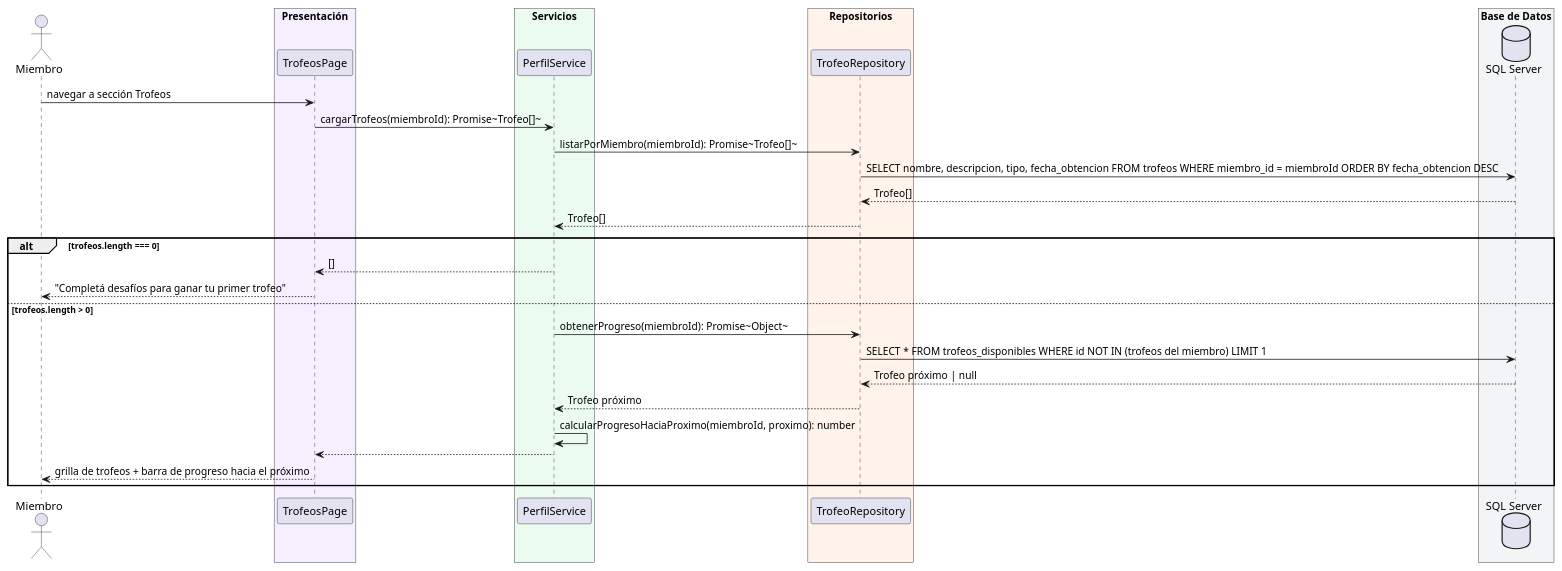
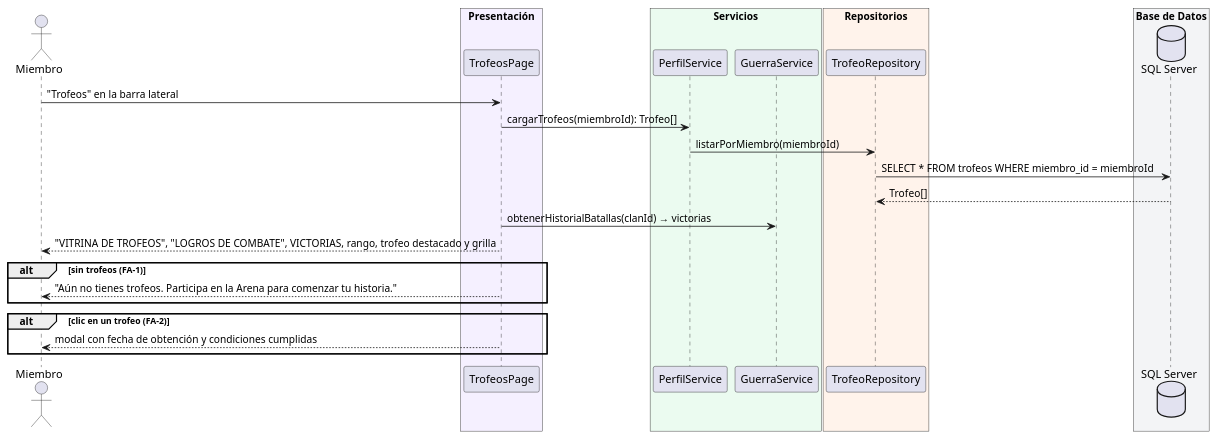
Before and after one commit to nicolassepulveda13/SAP: the fifth of 7 diagrams in silverback/docs/secuencias-cu005.md, drawn with PlantUML. The commit also changed other lines of this file and 82 other files, not shown here.

````diff
--- a/silverback/docs/secuencias-cu005.md
+++ b/silverback/docs/secuencias-cu005.md
@@ -238,44 +219,38 @@
 ```plantuml
 @startuml CU-005-005
 
 actor Miembro
 
 box "Presentación" #F5F0FF
   participant "TrofeosPage" as Page
 end box
 
 box "Servicios" #EBFBF0
   participant "PerfilService" as Svc
+  participant "GuerraService" as Guerra
 end box
 
 box "Repositorios" #FFF3EB
-  participant "TrofeoRepository" as Repo
+  participant "TrofeoRepository" as TrofeoRepo
 end box
 
 box "Base de Datos" #F3F4F6
   database "SQL Server" as DB
 end box
 
-Miembro -> Page: navegar a sección Trofeos
-Page -> Svc: cargarTrofeos(miembroId): Promise~Trofeo[]~
-Svc -> Repo: listarPorMiembro(miembroId): Promise~Trofeo[]~
-Repo -> DB: SELECT nombre, descripcion, tipo, fecha_obtencion FROM trofeos WHERE miembro_id = miembroId ORDER BY fecha_obtencion DESC
-DB --> Repo: Trofeo[]
-Repo --> Svc: Trofeo[]
-
-alt trofeos.length === 0
-    Svc --> Page: []
-    Page --> Miembro: "Completá desafíos para ganar tu primer trofeo"
-else trofeos.length > 0
-    Svc -> Repo: obtenerProgreso(miembroId): Promise~Object~
-    Repo -> DB: SELECT * FROM trofeos_disponibles WHERE id NOT IN (trofeos del miembro) LIMIT 1
-    DB --> Repo: Trofeo próximo | null
-    Repo --> Svc: Trofeo próximo
-
-    Svc -> Svc: calcularProgresoHaciaProximo(miembroId, proximo): number
-    Svc --> Page:
-    Page --> Miembro: grilla de trofeos + barra de progreso hacia el próximo
+Miembro -> Page: "Trofeos" en la barra lateral
+Page -> Svc: cargarTrofeos(miembroId): Trofeo[]
+Svc -> TrofeoRepo: listarPorMiembro(miembroId)
+TrofeoRepo -> DB: SELECT * FROM trofeos WHERE miembro_id = miembroId
+DB --> TrofeoRepo: Trofeo[]
+Page -> Guerra: obtenerHistorialBatallas(clanId) → victorias
+Page --> Miembro: "VITRINA DE TROFEOS", "LOGROS DE COMBATE", VICTORIAS, rango, trofeo destacado y grilla
+alt sin trofeos (FA-1)
+    Page --> Miembro: "Aún no tienes trofeos. Participa en la Arena para comenzar tu historia."
+end
+alt clic en un trofeo (FA-2)
+    Page --> Miembro: modal con fecha de obtención y condiciones cumplidas
 end
 
 @enduml
 ```
````
